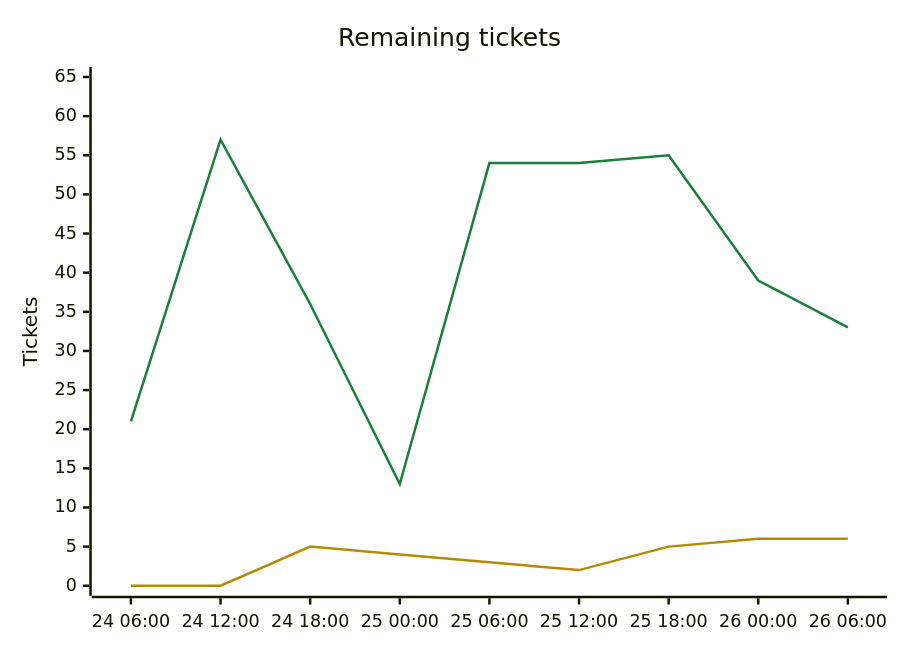
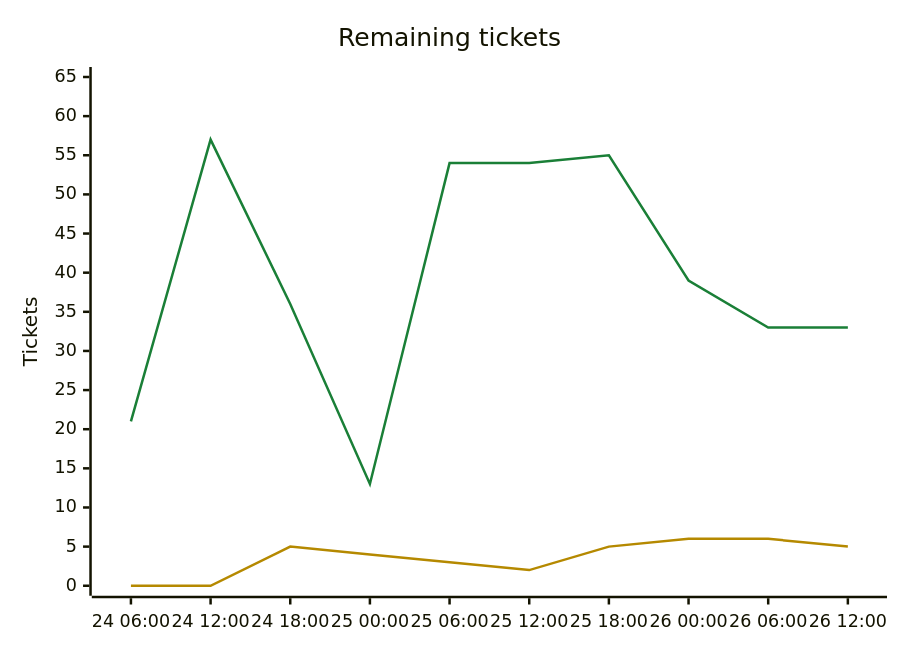
The second of 2 diagrams in csharp/migration/DEPENDENCY_MAP.md (Kenmura/Unciv), drawn with Mermaid before and after one commit. The commit also changed other lines of this file and 1 other file, not shown here.

Commit message:
migration: C031 -> Done

````diff
--- a/csharp/migration/DEPENDENCY_MAP.md
+++ b/csharp/migration/DEPENDENCY_MAP.md
@@ -254,9 +252,9 @@
 ```mermaid
 %%{init: {"themeVariables": {"xyChart": {"plotColorPalette": "#1a7f37, #b58900"}}}}%%
 xychart-beta
     title "Remaining tickets"
-    x-axis ["24 06:00", "24 12:00", "24 18:00", "25 00:00", "25 06:00", "25 12:00", "25 18:00", "26 00:00", "26 06:00"]
+    x-axis ["24 06:00", "24 12:00", "24 18:00", "25 00:00", "25 06:00", "25 12:00", "25 18:00", "26 00:00", "26 06:00", "26 12:00"]
     y-axis "Tickets" 0 --> 65
-    line [21, 57, 36, 13, 54, 54, 55, 39, 33]
-    line [0, 0, 5, 4, 3, 2, 5, 6, 6]
+    line [21, 57, 36, 13, 54, 54, 55, 39, 33, 33]
+    line [0, 0, 5, 4, 3, 2, 5, 6, 6, 5]
 ```
````
